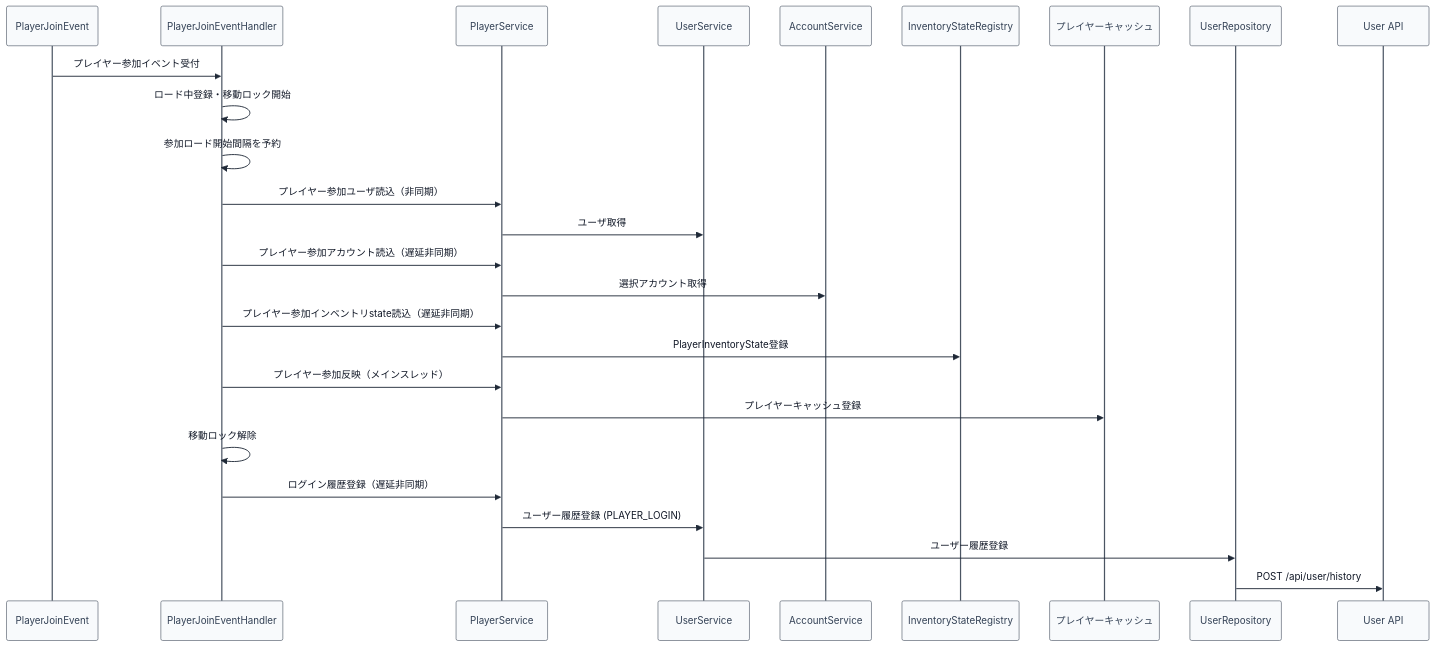
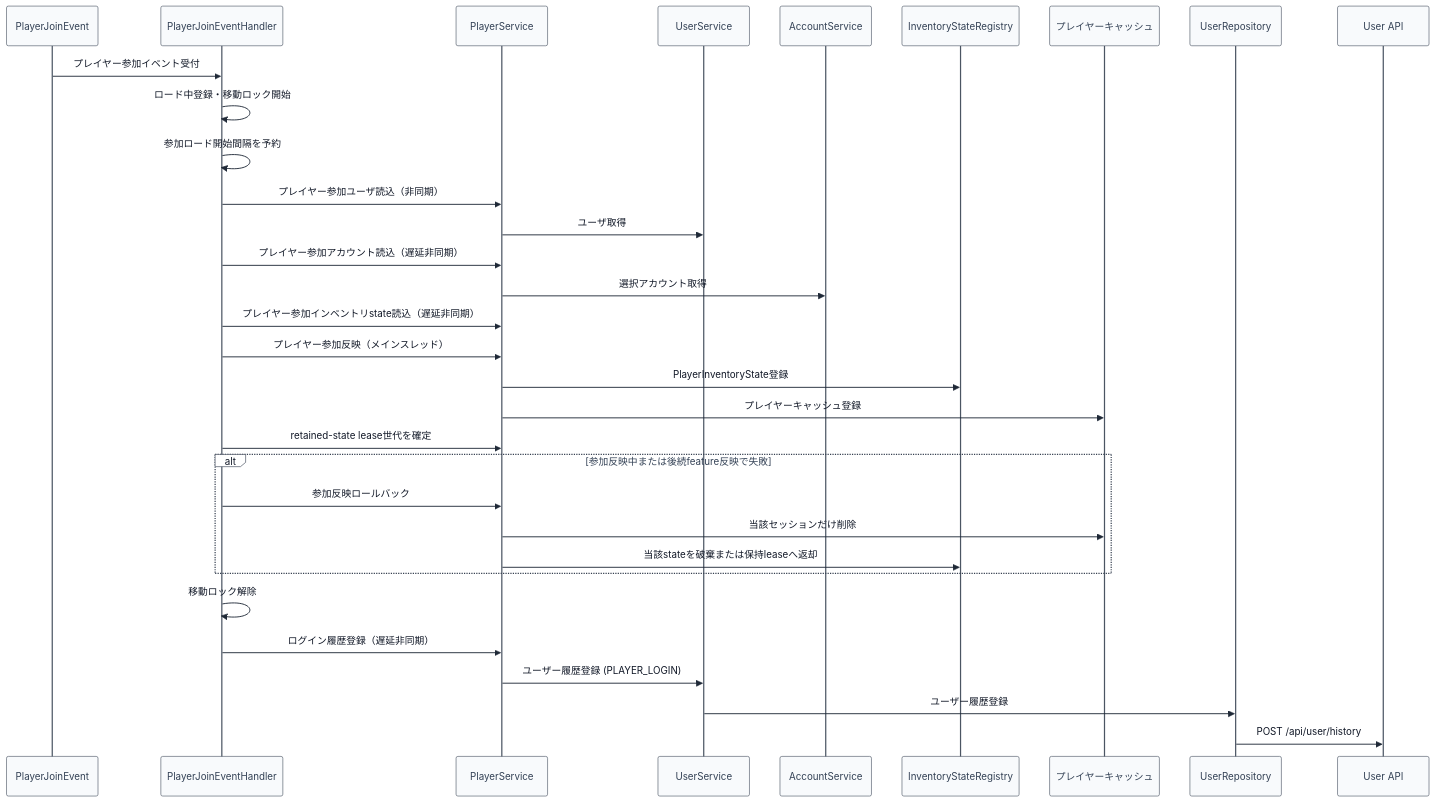
The diagram in 00_docs/10_Plugin設計書/feature/03-player/4-統合フロー/03_4.00-統合フロー.md (maaasu/AstralRecord-Workspace), drawn with Mermaid before and after one commit. The commit also changed 233 other files, not shown here.

````diff
--- a/00_docs/10_Plugin設計書/feature/03-player/4-統合フロー/03_4.00-統合フロー.md
+++ b/00_docs/10_Plugin設計書/feature/03-player/4-統合フロー/03_4.00-統合フロー.md
@@ -5,30 +5,36 @@
 ```mermaid
 %%{init: {"theme": "base", "themeVariables": {"lineColor": "#1f2937", "signalColor": "#1f2937", "signalTextColor": "#111827", "actorBkg": "#f8fafc", "actorBorder": "#4b5563", "actorTextColor": "#334155", "labelBoxBkgColor": "#ffffff", "labelBoxBorderColor": "#374151", "labelTextColor": "#111827"}}}%%
 sequenceDiagram
     participant EVT as PlayerJoinEvent
     participant H as PlayerJoinEventHandler
     participant PS as PlayerService
     participant US as UserService
     participant AS as AccountService
     participant IR as InventoryStateRegistry
     participant C as プレイヤーキャッシュ
     participant UR as UserRepository
     participant API as User API
 
     EVT->>H: プレイヤー参加イベント受付
     H->>H: ロード中登録・移動ロック開始
     H->>H: 参加ロード開始間隔を予約
     H->>PS: プレイヤー参加ユーザ読込（非同期）
     PS->>US: ユーザ取得
     H->>PS: プレイヤー参加アカウント読込（遅延非同期）
     PS->>AS: 選択アカウント取得
     H->>PS: プレイヤー参加インベントリstate読込（遅延非同期）
+    H->>PS: プレイヤー参加反映（メインスレッド）
     PS->>IR: PlayerInventoryState登録
-    H->>PS: プレイヤー参加反映（メインスレッド）
     PS->>C: プレイヤーキャッシュ登録
+    H->>PS: retained-state lease世代を確定
+    alt 参加反映中または後続feature反映で失敗
+        H->>PS: 参加反映ロールバック
+        PS->>C: 当該セッションだけ削除
+        PS->>IR: 当該stateを破棄または保持leaseへ返却
+    end
     H->>H: 移動ロック解除
     H->>PS: ログイン履歴登録（遅延非同期）
     PS->>US: ユーザー履歴登録 (PLAYER_LOGIN)
     US->>UR: ユーザー履歴登録
     UR->>API: POST /api/user/history
 ```
````
